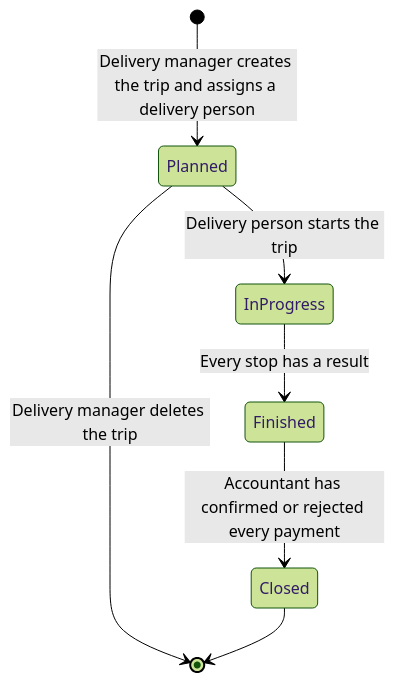
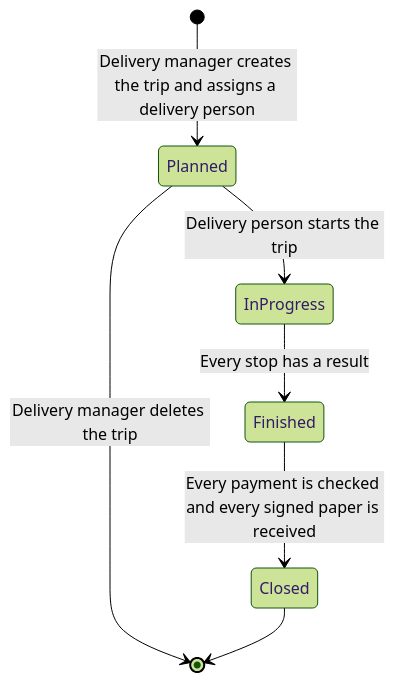
One commit to AhmedElnagarUU/Cosmo changed the first of 5 diagrams in docs/workflows/04-delivery.md. Above: the diagram before and after it, drawn with Mermaid (forest theme). The commit also changed other lines of this file and 28 other files, not shown here.

````diff
--- a/docs/workflows/04-delivery.md
+++ b/docs/workflows/04-delivery.md
@@ -7,9 +7,9 @@
 ```mermaid
 stateDiagram-v2
     [*] --> Planned: Delivery manager creates the trip and assigns a delivery person
     Planned --> InProgress: Delivery person starts the trip
     InProgress --> Finished: Every stop has a result
-    Finished --> Closed: Accountant has confirmed or rejected every payment
+    Finished --> Closed: Every payment is checked and every signed paper is received
     Planned --> [*]: Delivery manager deletes the trip
     Closed --> [*]
 ```
````
